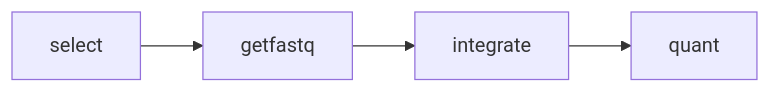
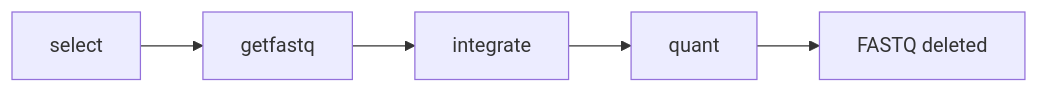
One commit to docxology/MetaInformAnt changed the diagram in docs/rna/amalgkit/steps/04_getfastq.md. Above: the diagram before and after it, drawn with Mermaid. The commit also changed other lines of this file and 17 other files, not shown here.

````diff
--- a/docs/rna/amalgkit/steps/04_getfastq.md
+++ b/docs/rna/amalgkit/steps/04_getfastq.md
@@ -229,6 +85,7 @@
 ```mermaid
 flowchart LR
     A[select] --> B[getfastq]
     B --> C[integrate]
     C --> D[quant]
+    D --> E[FASTQ deleted]
 ```
````
